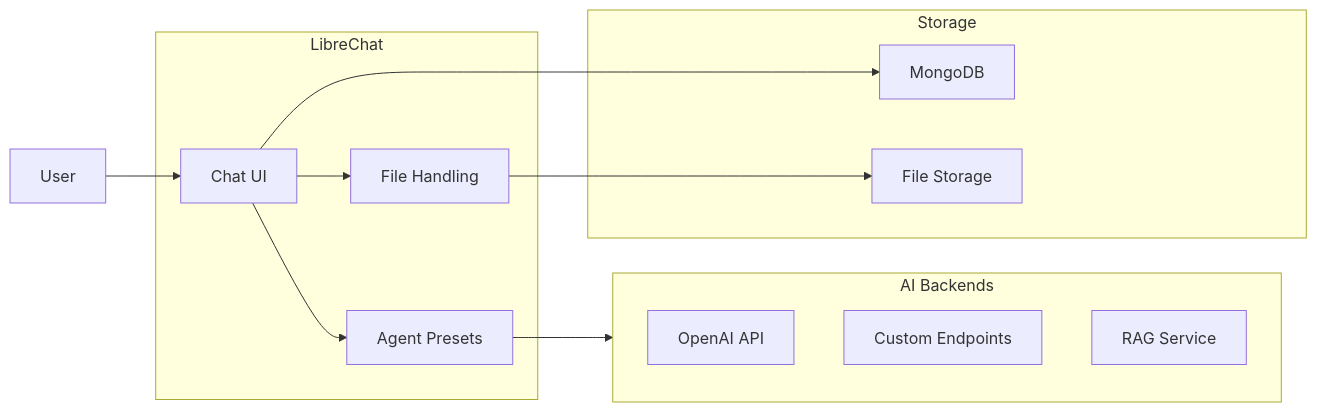
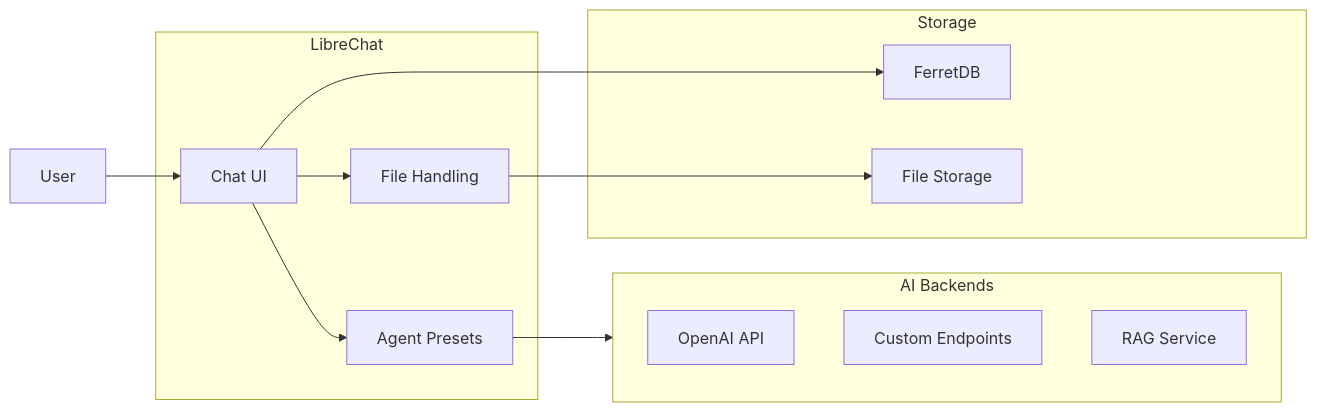
Before and after one commit to openova-io/openova: the first of 2 diagrams in platform/librechat/README.md, drawn with Mermaid. The commit also changed other lines of this file and 50 other files, not shown here.

````diff
--- a/platform/librechat/README.md
+++ b/platform/librechat/README.md
@@ -13,26 +13,26 @@
 ```mermaid
 flowchart LR
     subgraph LibreChat["LibreChat"]
         UI[Chat UI]
         Presets[Agent Presets]
         Files[File Handling]
     end
 
     subgraph Backends["AI Backends"]
         OpenAI[OpenAI API]
         Custom[Custom Endpoints]
         RAG[RAG Service]
     end
 
     subgraph Storage["Storage"]
-        MongoDB[MongoDB]
+        FerretDB[FerretDB]
         FileStore[File Storage]
     end
 
     User[User] --> UI
     UI --> Presets
     UI --> Files
     Presets --> Backends
     Files --> FileStore
-    UI --> MongoDB
+    UI --> FerretDB
 ```
````
